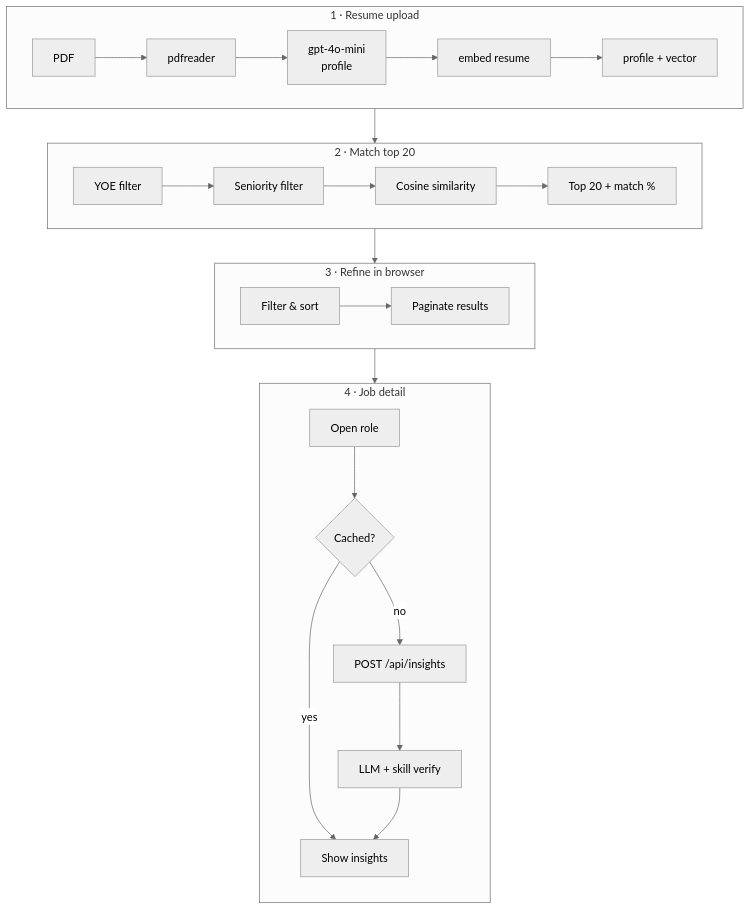
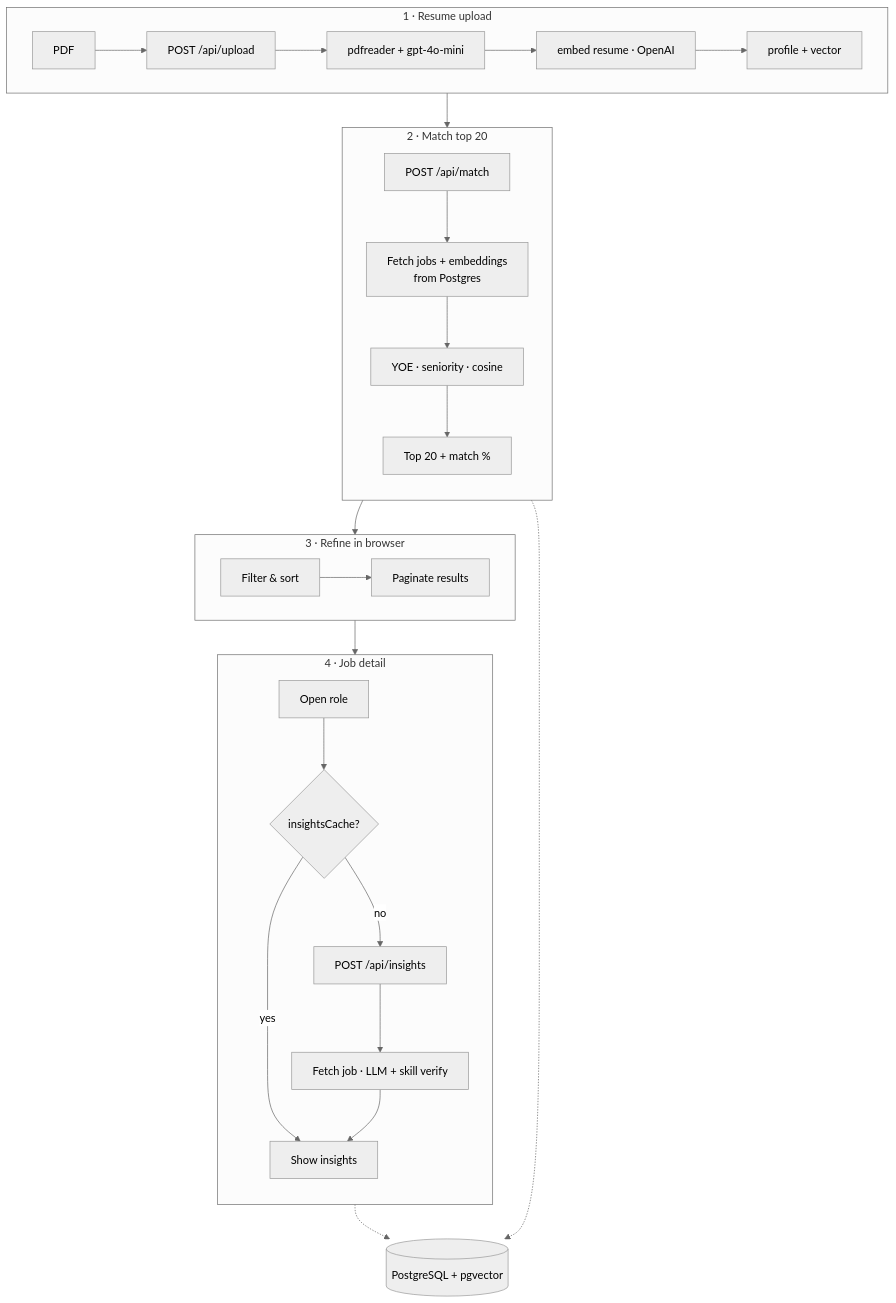
Before and after one commit to MeenakshiMadhu/scoutAI: the second of 2 diagrams in README.md, drawn with Mermaid (neutral theme). The commit also changed other lines of this file and 9 other files, not shown here.

Commit message:
chore: update README and architecture diagrams; remove outdated files and add new architecture diagram

````diff
--- a/README.md
+++ b/README.md
@@ -143,33 +83,41 @@
 ```mermaid
 flowchart TB
   subgraph UPLOAD["1 · Resume upload"]
     direction LR
-    R1["PDF"] --> R2["pdfreader"] --> R3["gpt-4o-mini\nprofile"] --> R4["embed resume"] --> R5["profile + vector"]
+    R1["PDF"] --> R2["POST /api/upload"] --> R3["pdfreader + gpt-4o-mini"] --> R4["embed resume · OpenAI"] --> R5["profile + vector"]
   end
 
   subgraph MATCH["2 · Match top 20"]
-    direction LR
-    M1["YOE filter"] --> M2["Seniority filter"] --> M3["Cosine similarity"] --> M4["Top 20 + match %"]
+    direction TB
+    M1["POST /api/match"]
+    M2["Fetch jobs + embeddings\nfrom Postgres"]
+    M3["YOE · seniority · cosine"]
+    M4["Top 20 + match %"]
+    M1 --> M2 --> M3 --> M4
   end
 
   subgraph REFINE["3 · Refine in browser"]
     direction LR
     F1["Filter & sort"] --> F2["Paginate results"]
   end
 
   subgraph DETAIL["4 · Job detail"]
     direction TB
     D1["Open role"]
-    D2{"Cached?"}
+    D2{"insightsCache?"}
     D3["Show insights"]
     D4["POST /api/insights"]
-    D5["LLM + skill verify"]
+    D5["Fetch job · LLM + skill verify"]
     D1 --> D2
     D2 -->|yes| D3
     D2 -->|no| D4 --> D5 --> D3
   end
 
+  DB[("PostgreSQL + pgvector")]
+
   R5 --> M1
+  M2 -.-> DB
+  D5 -.-> DB
   M4 --> F1
   F2 --> D1
 ```
````
